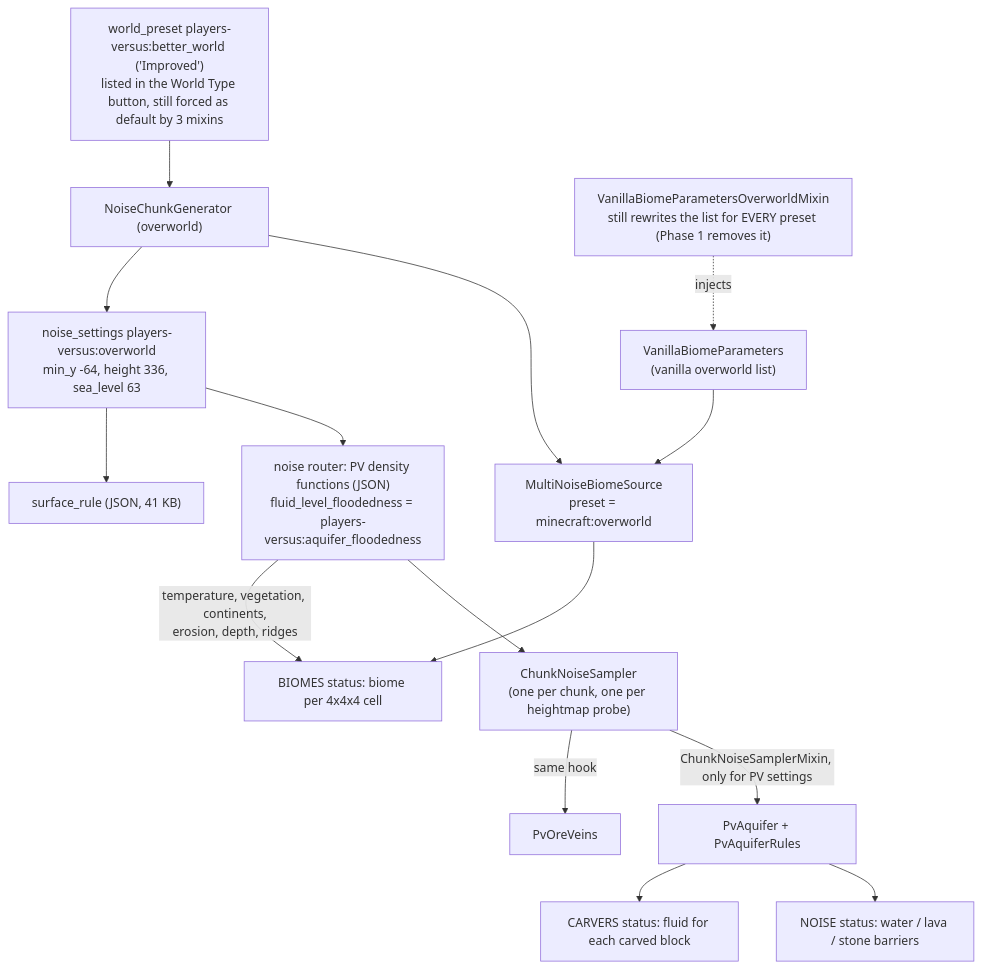
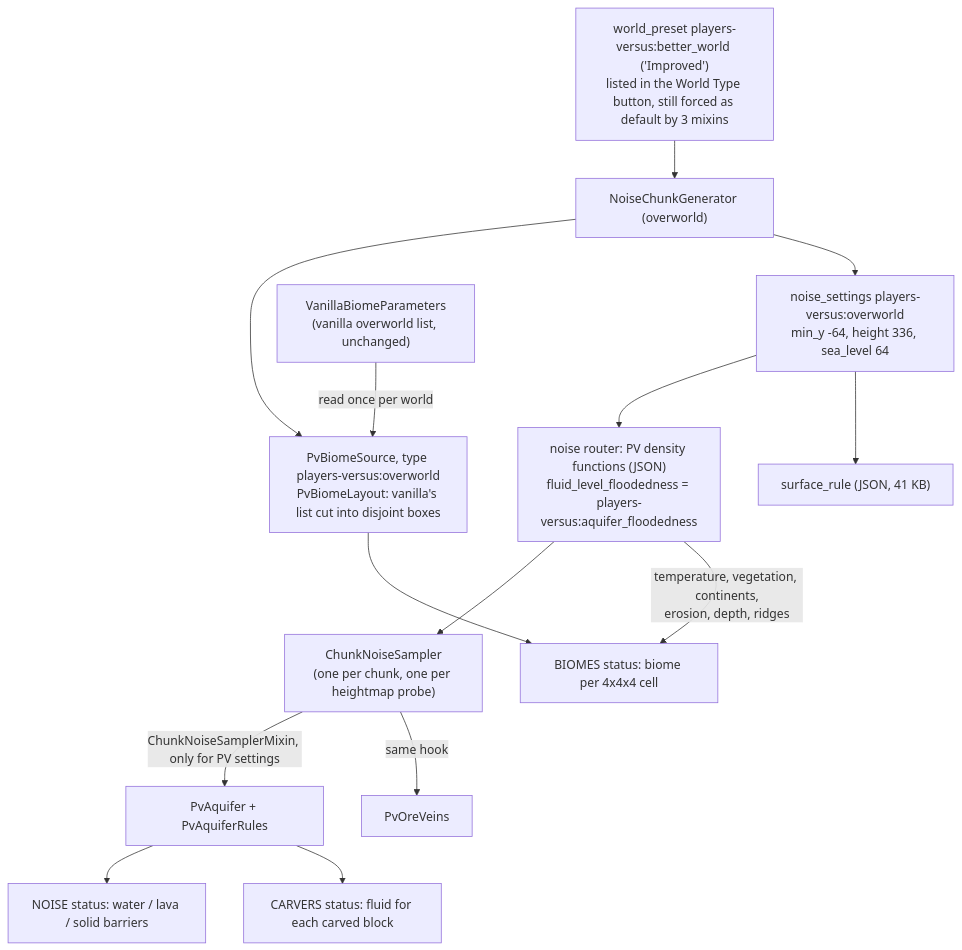
Before and after one commit to L-Apostrophe-Ecuyer/JavaMC-PlayersVersus: the first of 2 diagrams in docs/worldgen-refactor-plan.md, drawn with Mermaid. The commit also changed other lines of this file and 3 other files, not shown here.

````diff
--- a/docs/worldgen-refactor-plan.md
+++ b/docs/worldgen-refactor-plan.md
@@ -45,17 +46,16 @@
 ```mermaid
 flowchart TD
     WP["world_preset players-versus:better_world ('Improved')<br/>listed in the World Type button, still forced as default by 3 mixins"] --> GEN["NoiseChunkGenerator (overworld)"]
-    GEN --> BS["MultiNoiseBiomeSource<br/>preset = minecraft:overworld"]
-    GEN --> SET["noise_settings players-versus:overworld<br/>min_y -64, height 336, sea_level 63"]
-    VBP["VanillaBiomeParameters<br/>(vanilla overworld list)"] --> BS
-    BMIX["VanillaBiomeParametersOverworldMixin<br/>still rewrites the list for EVERY preset (Phase 1 removes it)"] -.->|injects| VBP
+    GEN --> BS["PvBiomeSource, type players-versus:overworld<br/>PvBiomeLayout: vanilla's list cut into disjoint boxes"]
+    GEN --> SET["noise_settings players-versus:overworld<br/>min_y -64, height 336, sea_level 64"]
+    VBP["VanillaBiomeParameters<br/>(vanilla overworld list, unchanged)"] -->|read once per world| BS
     SET --> ROUTER["noise router: PV density functions (JSON)<br/>fluid_level_floodedness = players-versus:aquifer_floodedness"]
     SET --> SURF["surface_rule (JSON, 41 KB)"]
     ROUTER --> CNS["ChunkNoiseSampler<br/>(one per chunk, one per heightmap probe)"]
     CNS -->|"ChunkNoiseSamplerMixin, only for PV settings"| AQ["PvAquifer + PvAquiferRules"]
     CNS -->|"same hook"| ORE["PvOreVeins"]
-    AQ --> NOISE["NOISE status: water / lava / stone barriers"]
+    AQ --> NOISE["NOISE status: water / lava / solid barriers"]
     AQ --> CARV["CARVERS status: fluid for each carved block"]
     ROUTER -->|"temperature, vegetation, continents,<br/>erosion, depth, ridges"| BIO["BIOMES status: biome per 4x4x4 cell"]
     BS --> BIO
 ```
````
